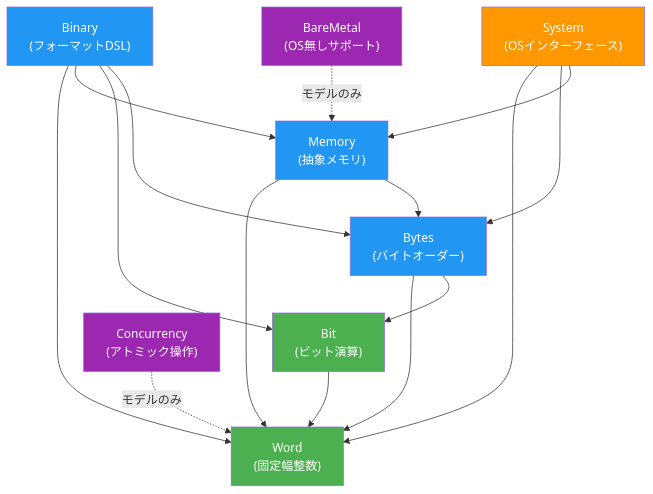
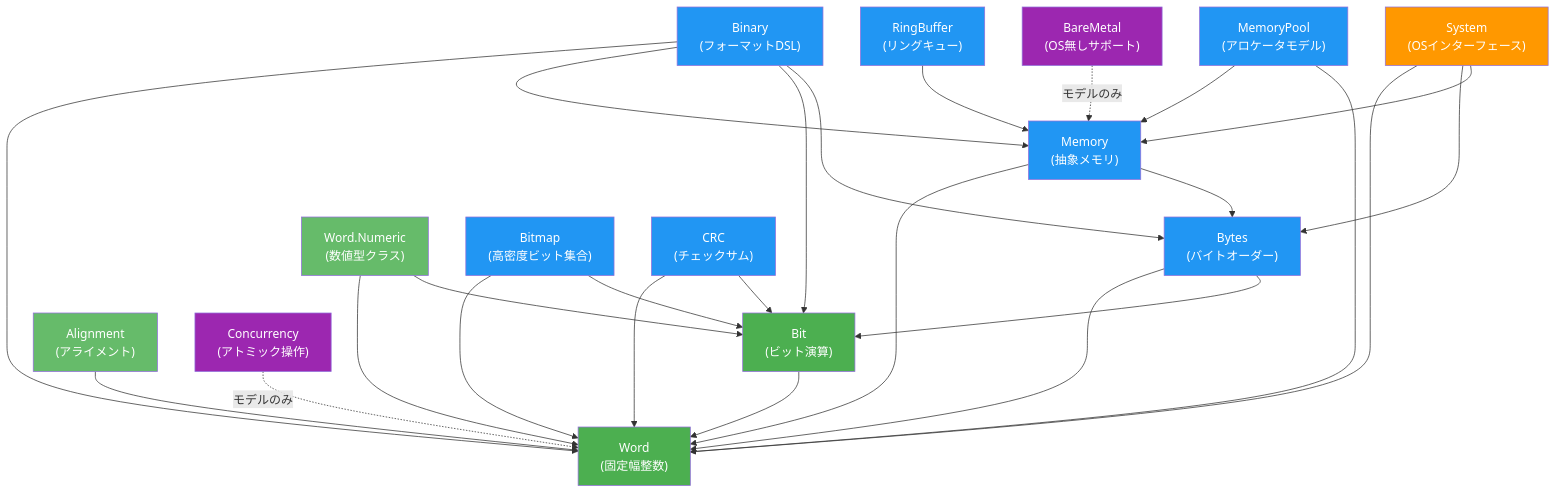
The third of 3 diagrams in docs/ja/architecture/README.md (Provenance-Works/Radix), drawn with Mermaid before and after one commit. The commit also changed other lines of this file and 22 other files, not shown here.

````diff
--- a/docs/ja/architecture/README.md
+++ b/docs/ja/architecture/README.md
@@ -73,25 +78,41 @@
 ```mermaid
 graph TD
     Bit["Bit<br/>(ビット演算)"] --> Word["Word<br/>(固定幅整数)"]
     Bytes["Bytes<br/>(バイトオーダー)"] --> Word
     Bytes --> Bit
+    Numeric["Word.Numeric<br/>(数値型クラス)"] --> Word
+    Numeric --> Bit
     Memory["Memory<br/>(抽象メモリ)"] --> Word
     Memory --> Bytes
     Binary["Binary<br/>(フォーマットDSL)"] --> Word
     Binary --> Memory
     Binary --> Bit
     Binary --> Bytes
+    Alignment["Alignment<br/>(アライメント)"] --> Word
+    RingBuffer["RingBuffer<br/>(リングキュー)"] --> Memory
+    Bitmap["Bitmap<br/>(高密度ビット集合)"] --> Word
+    Bitmap --> Bit
+    CRC["CRC<br/>(チェックサム)"] --> Word
+    CRC --> Bit
+    MemoryPool["MemoryPool<br/>(アロケータモデル)"] --> Memory
+    MemoryPool --> Word
     System["System<br/>(OSインターフェース)"] --> Word
     System --> Bytes
     System --> Memory
     Concurrency["Concurrency<br/>(アトミック操作)"] -.->|"モデルのみ"| Word
     BareMetal["BareMetal<br/>(OS無しサポート)"] -.->|"モデルのみ"| Memory
     style Word fill:#4CAF50,color:white
     style Bit fill:#4CAF50,color:white
     style Bytes fill:#2196F3,color:white
     style Memory fill:#2196F3,color:white
     style Binary fill:#2196F3,color:white
+    style Numeric fill:#66BB6A,color:white
+    style Alignment fill:#66BB6A,color:white
+    style RingBuffer fill:#2196F3,color:white
+    style Bitmap fill:#2196F3,color:white
+    style CRC fill:#2196F3,color:white
+    style MemoryPool fill:#2196F3,color:white
     style System fill:#FF9800,color:white
     style Concurrency fill:#9C27B0,color:white
     style BareMetal fill:#9C27B0,color:white
 ```
````
